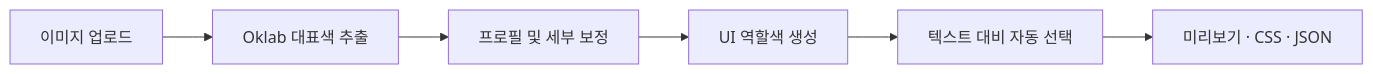
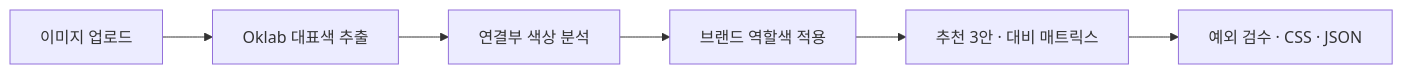
One commit to ousia-web3/ui-color-logic-studio changed the diagram in README.md. Above: the diagram before and after it, drawn with Mermaid. The commit also changed other lines of this file and 20 other files, not shown here.

````diff
--- a/README.md
+++ b/README.md
@@ -159,8 +159,8 @@
 ```mermaid
 flowchart LR
     A[이미지 업로드] --> B[Oklab 대표색 추출]
-    B --> C[프로필 및 세부 보정]
-    C --> D[UI 역할색 생성]
-    D --> E[텍스트 대비 자동 선택]
-    E --> F[미리보기 · CSS · JSON]
+    B --> C[연결부 색상 분석]
+    C --> D[브랜드 역할색 적용]
+    D --> E[추천 3안 · 대비 매트릭스]
+    E --> F[예외 검수 · CSS · JSON]
 ```
````
